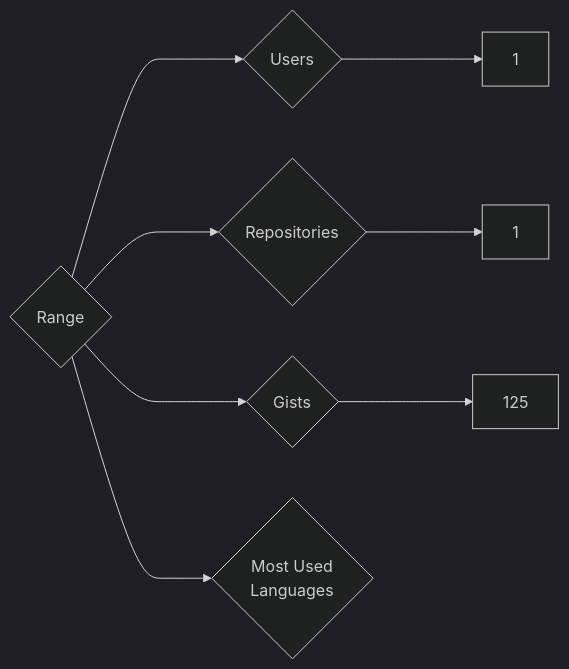
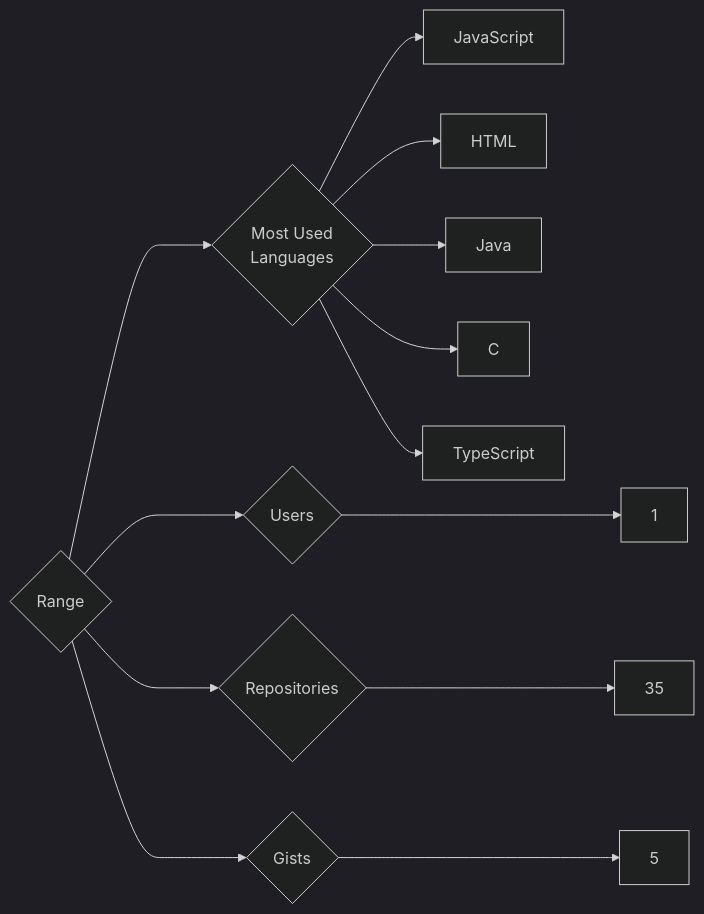
One commit to trickest/insiders changed the diagram in targets/Range/README.md. Above: the diagram before and after it, drawn with Mermaid (dark theme). The commit also changed 870 other files, not shown here.

````diff
--- a/targets/Range/README.md
+++ b/targets/Range/README.md
@@ -3,8 +3,13 @@
 ```mermaid
 graph LR
 COMPANY_NAME{Range}
 COMPANY_NAME ---> U{Users} ---> UN[1]
-COMPANY_NAME ---> R{Repositories} ---> RN[1]
-COMPANY_NAME ---> G{Gists} ---> GN[125]
+COMPANY_NAME ---> R{Repositories} ---> RN[35]
+COMPANY_NAME ---> G{Gists} ---> GN[5]
 COMPANY_NAME ---> ML{Most Used<br>Languages}
+ML --> JavaScript[JavaScript]
+ML --> HTML[HTML]
+ML --> Java[Java]
+ML --> C[C]
+ML --> TypeScript[TypeScript]
 ```
````
